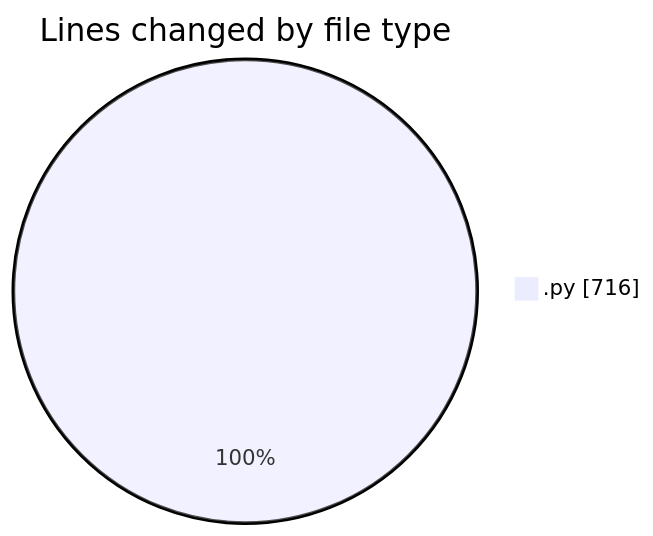
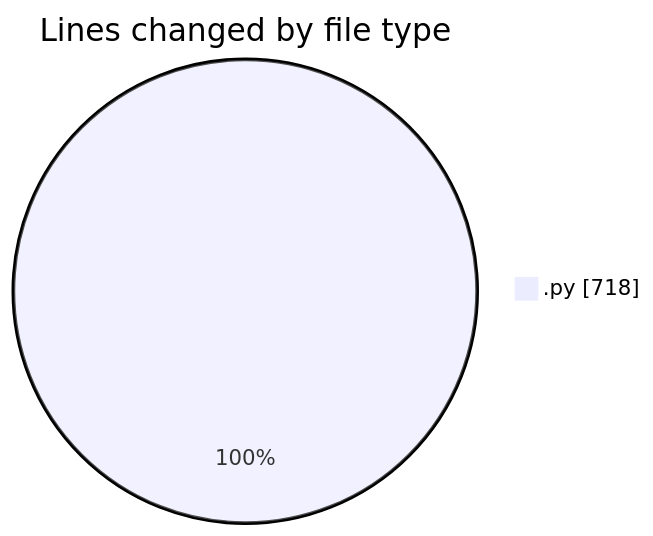
One commit to MatusMokan/code-tracking changed the first of 2 diagrams in 2025-02-27/myws__workspace_/README.md. Above: the diagram before and after it, drawn with Mermaid. The commit also changed other lines of this file and 1 other file, not shown here.

````diff
--- a/2025-02-27/myws__workspace_/README.md
+++ b/2025-02-27/myws__workspace_/README.md
@@ -21,5 +21,5 @@
 ```mermaid
 pie showData
 title Lines changed by file type
-".py" : 716
+".py" : 718
 ```
````
